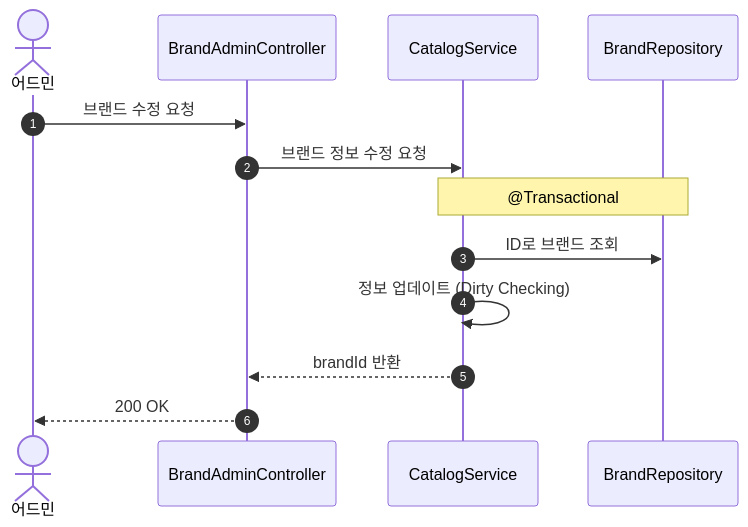
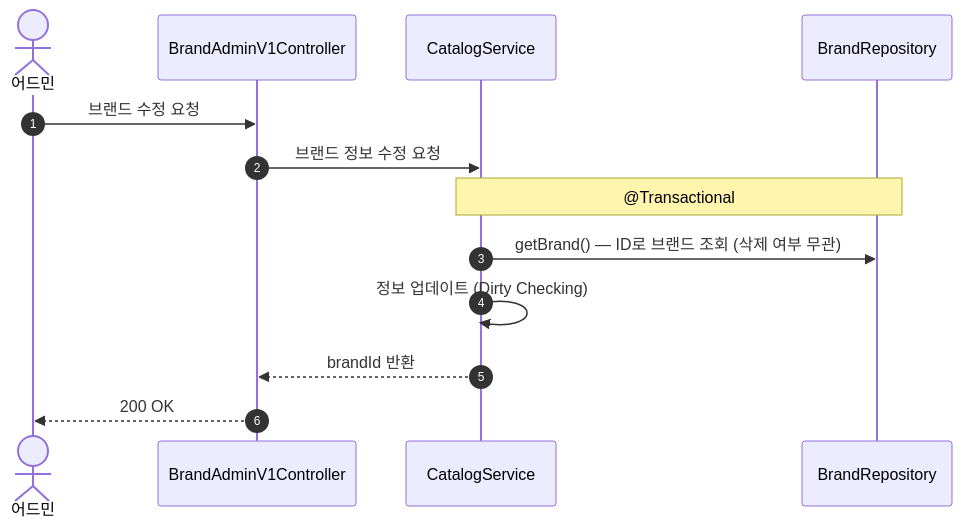
The seventh of 26 diagrams in docs/design/02-sequence-diagrams.md (Loopers-dev-lab/loop-pack-be-l2-vol3-kotlin), drawn with Mermaid before and after one commit. The commit also changed other lines of this file and 7 other files, not shown here.

````diff
--- a/docs/design/02-sequence-diagrams.md
+++ b/docs/design/02-sequence-diagrams.md
@@ -177,15 +177,15 @@
 ```mermaid
 sequenceDiagram
     autonumber
     actor Admin as 어드민
-    participant C as BrandAdminController
+    participant C as BrandAdminV1Controller
     participant S as CatalogService
     participant R as BrandRepository
     Admin ->> C: 브랜드 수정 요청
     C ->> S: 브랜드 정보 수정 요청
     Note over S, R: @Transactional
-    S ->> R: ID로 브랜드 조회
+    S ->> R: getBrand() — ID로 브랜드 조회 (삭제 여부 무관)
     S ->> S: 정보 업데이트 (Dirty Checking)
     S -->> C: brandId 반환
     C -->> Admin: 200 OK
 ```
````
